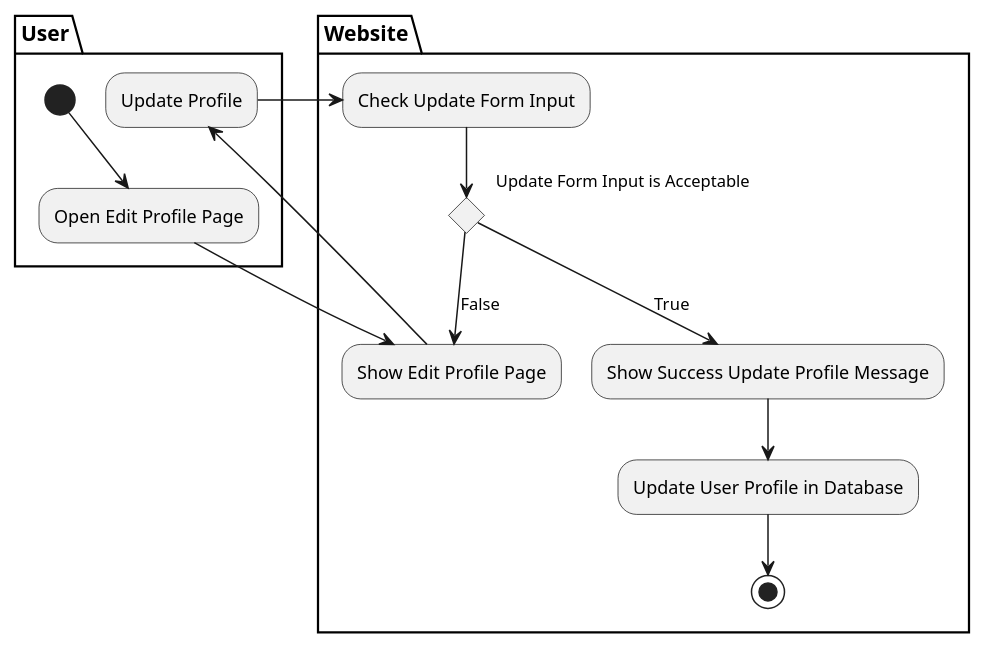
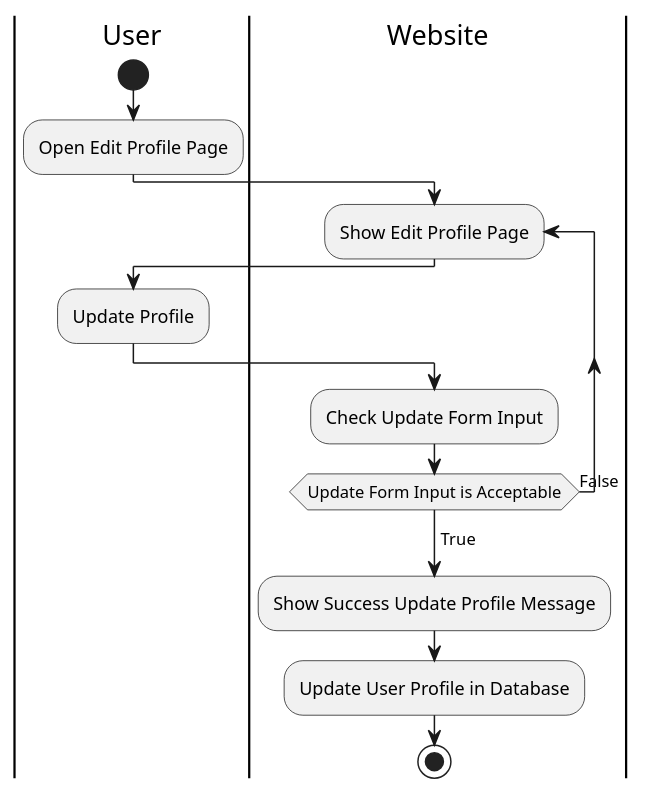
One commit to AntWort21/BHFMS changed the diagram in Design/BHFMS_ACTIVITY/Edit Profile.puml. Above: the diagram before and after it, drawn with PlantUML. The commit also changed 16 other files, not shown here.

First line of the commit message:
Update Activity Diagram and Extend

```diff
--- a/Design/BHFMS_ACTIVITY/Edit Profile.puml
+++ b/Design/BHFMS_ACTIVITY/Edit Profile.puml
@@ -1,25 +1,19 @@
 @startuml
 
-partition User {
-    (*) --> "Open Edit Profile Page"
-}
+|User|
+start
+    :Open Edit Profile Page;
+|Website|
+    repeat :Show Edit Profile Page;
 
-partition Website {
-    "Open Edit Profile Page" --> "Show Edit Profile Page"
-}
+|User|
+    :Update Profile;
 
-partition User {
-    "Show Edit Profile Page" --> "Update Profile"
-}
-
-partition Website {
-    "Update Profile" --> "Check Update Form Input"
-    "Check Update Form Input" --> if "Update Form Input is Acceptable" then 
-    --> [True] "Show Success Update Profile Message"
-    --> "Update User Profile in Database"
-    --> (*)
-    else
-    --> [False] "Show Edit Profile Page"
-}
-
+|Website|
+    :Check Update Form Input;
+    repeat while (Update Form Input is Acceptable) is (False)
+        ->True;
+        :Show Success Update Profile Message;
+        :Update User Profile in Database;
+stop
 @enduml
```
